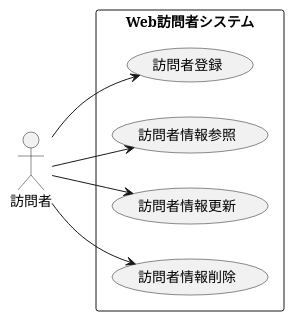
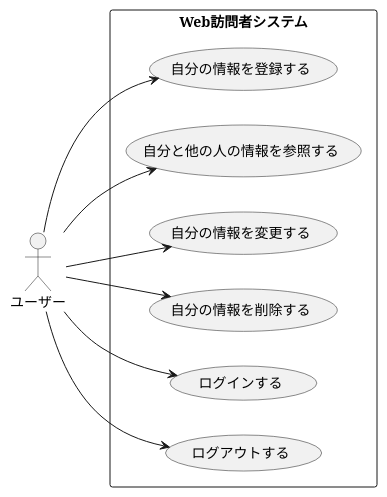
Before and after one commit to ghbuser12/ohara_uml: the diagram in 07_web_visitor/usecase.pu, drawn with PlantUML.

Commit message:
ユースケース書き換え

```diff
--- a/07_web_visitor/usecase.pu
+++ b/07_web_visitor/usecase.pu
@@ -1,16 +1,19 @@
 @startuml Web訪問者システムユースケース図
 left to right direction
-actor 訪問者 as U1
-
-rectangle Web訪問者システム as WVS {
-  usecase "訪問者登録" as UC1
-  usecase "訪問者情報参照" as UC2
-  usecase "訪問者情報更新" as UC3
-  usecase "訪問者情報削除" as UC4
+actor ユーザー as U
+ 
+rectangle Web訪問者システム {
+  usecase "自分の情報を登録する" as UC1
+  usecase "自分と他の人の情報を参照する" as UC2
+  usecase "自分の情報を変更する" as UC3
+  usecase "自分の情報を削除する" as UC4
+  usecase "ログインする" as UC5
+  usecase "ログアウトする" as UC6
 }
-
-U1 --> UC1
-U1 --> UC2
-U1 --> UC3
-U1 --> UC4
+U --> UC1
+U --> UC2
+U --> UC3
+U --> UC4
+U --> UC5
+U --> UC6
 @enduml
```
